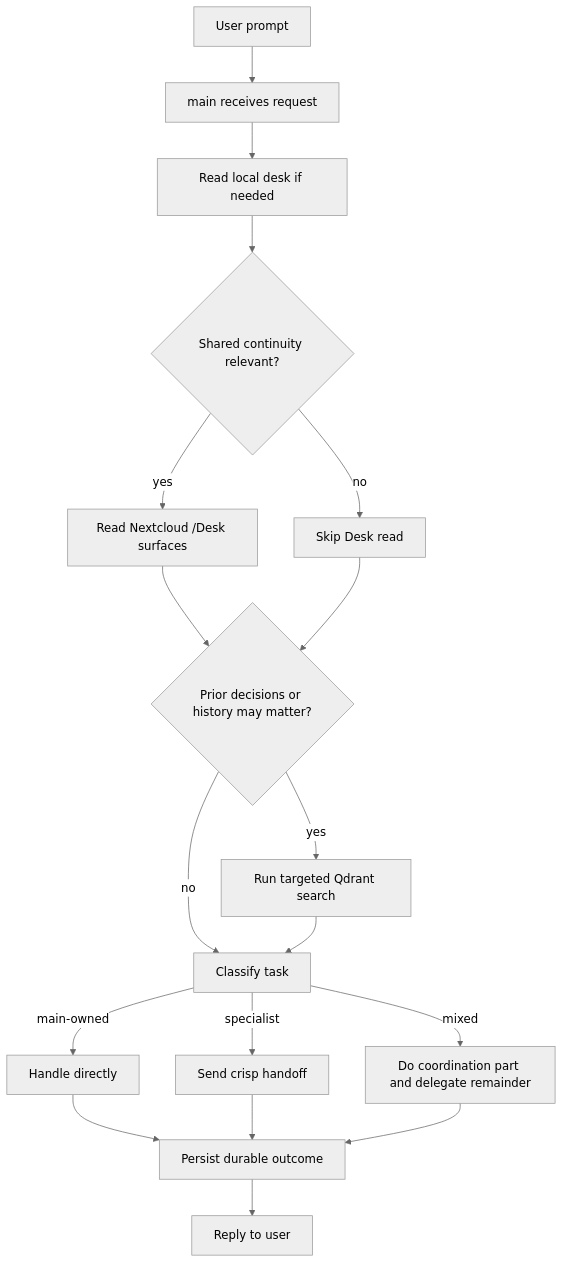
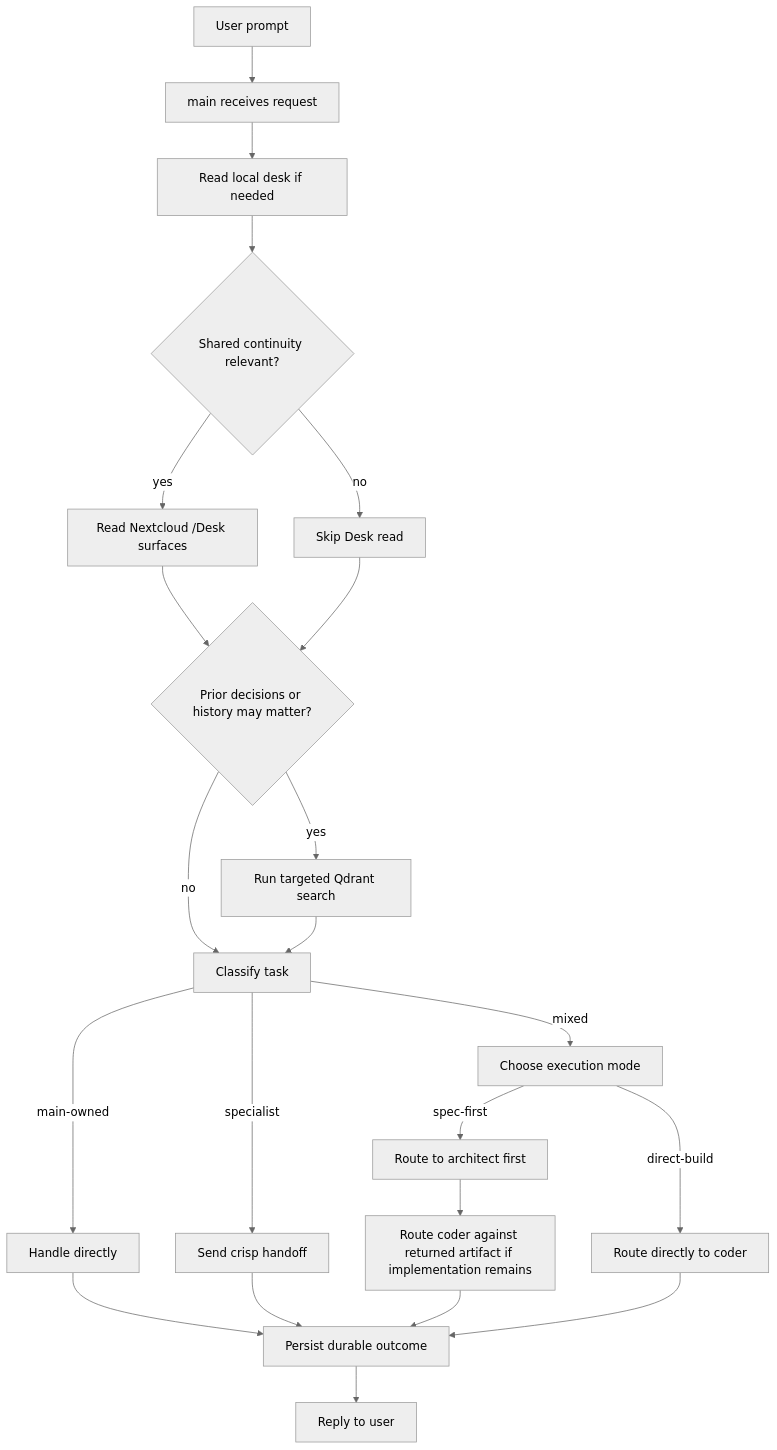
One commit to sbischoff-ai/ai-homebase changed the diagram in docs/agent_process_examples/main-user-request.md. Above: the diagram before and after it, drawn with Mermaid (neutral theme). The commit also changed other lines of this file and 10 other files, not shown here.

Commit message:
Spec first coding task delegation

````diff
--- a/docs/agent_process_examples/main-user-request.md
+++ b/docs/agent_process_examples/main-user-request.md
@@ -25,20 +25,24 @@
 ```mermaid
 flowchart TD
     U[User prompt] --> M0[main receives request]
     M0 --> M1[Read local desk if needed]
     M1 --> M2{Shared continuity relevant?}
     M2 -->|yes| M3[Read Nextcloud /Desk surfaces]
     M2 -->|no| M4[Skip Desk read]
     M3 --> M5{Prior decisions or history may matter?}
     M4 --> M5
     M5 -->|yes| M6[Run targeted Qdrant search]
     M5 -->|no| M7[Classify task]
     M6 --> M7
     M7 -->|main-owned| M8[Handle directly]
     M7 -->|specialist| M9[Send crisp handoff]
-    M7 -->|mixed| M10[Do coordination part and delegate remainder]
-    M8 --> M11[Persist durable outcome]
-    M9 --> M11
-    M10 --> M11
-    M11 --> M12[Reply to user]
+    M7 -->|mixed| M10[Choose execution mode]
+    M10 -->|spec-first| M11[Route to architect first]
+    M11 --> M12[Route coder against returned artifact if implementation remains]
+    M10 -->|direct-build| M13[Route directly to coder]
+    M8 --> M14[Persist durable outcome]
+    M9 --> M14
+    M12 --> M14
+    M13 --> M14
+    M14 --> M15[Reply to user]
 ```
````
